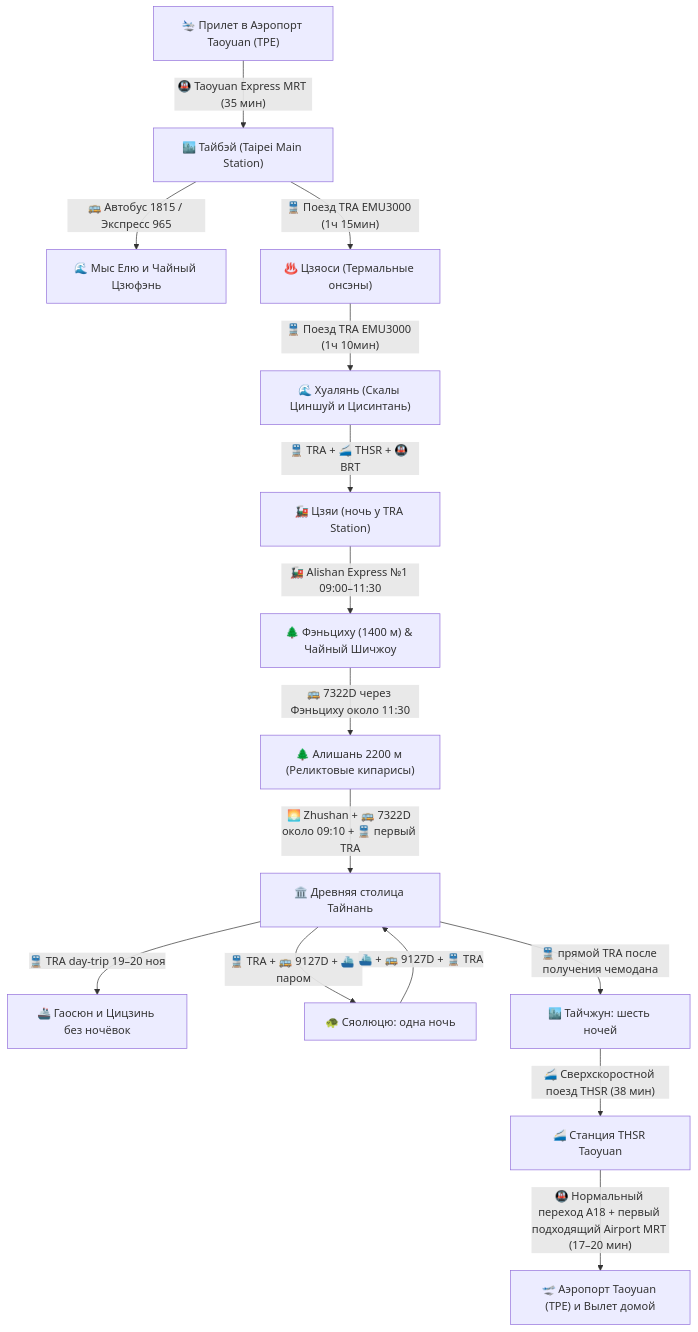
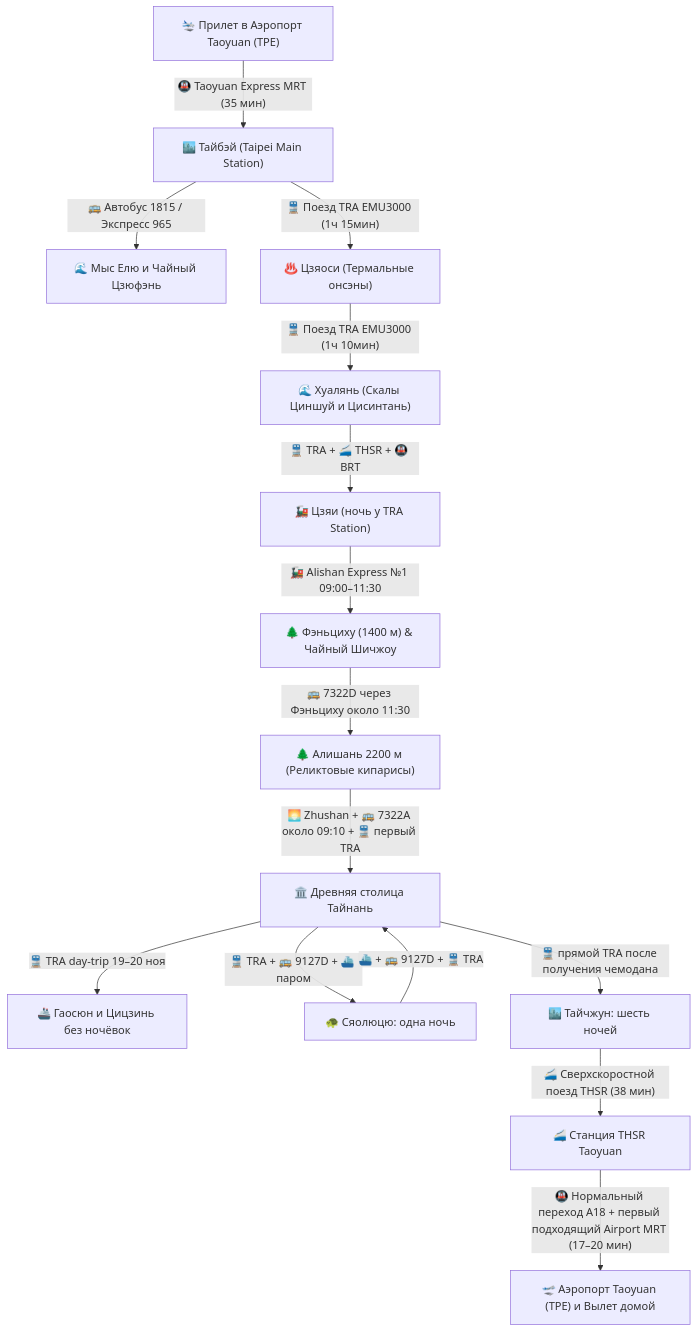
Before and after one commit to injurka/obsidian-mark: the diagram in Personal Note/Travel/-- Taiwan/03 - Бронирования/Транспорт.md, drawn with Mermaid. The commit also changed other lines of this file and 15 other files, not shown here.

````diff
--- a/Personal Note/Travel/-- Taiwan/03 - Бронирования/Транспорт.md
+++ b/Personal Note/Travel/-- Taiwan/03 - Бронирования/Транспорт.md
@@ -9,17 +9,17 @@
 ```mermaid
 flowchart TD
     A["🛬 Прилет в Аэропорт Taoyuan (TPE)"] -->|"🚇 Taoyuan Express MRT (35 мин)"| B["🏙️ Тайбэй (Taipei Main Station)"]
     B -->|"🚌 Автобус 1815 / Экспресс 965"| C["🌊 Мыс Елю и Чайный Цзюфэнь"]
     B -->|"🚆 Поезд TRA EMU3000 (1ч 15мин)"| D["♨️ Цзяоси (Термальные онсэны)"]
     D -->|"🚆 Поезд TRA EMU3000 (1ч 10мин)"| E["🌊 Хуалянь (Скалы Циншуй и Цисинтань)"]
     E -->|"🚆 TRA + 🚄 THSR + 🚇 BRT"| F0["🚂 Цзяи (ночь у TRA Station)"]
     F0 -->|"🚂 Alishan Express №1 09:00–11:30"| F1["🌲 Фэньциху (1400 м) & Чайный Шичжоу"]
     F1 -->|"🚌 7322D через Фэньциху около 11:30"| G["🌲 Алишань 2200 м (Реликтовые кипарисы)"]
-    G -->|"🌅 Zhushan + 🚌 7322D около 09:10 + 🚆 первый TRA"| H["🏛️ Древняя столица Тайнань"]
+    G -->|"🌅 Zhushan + 🚌 7322A около 09:10 + 🚆 первый TRA"| H["🏛️ Древняя столица Тайнань"]
     H -->|"🚆 TRA day-trip 19–20 ноя"| I["🚢 Гаосюн и Цицзинь без ночёвок"]
     H -->|"🚆 TRA + 🚌 9127D + ⛴️ паром"| J["🐢 Сяолюцю: одна ночь"]
     J -->|"⛴️ + 🚌 9127D + 🚆 TRA"| H
     H -->|"🚆 прямой TRA после получения чемодана"| K["🏙️ Тайчжун: шесть ночей"]
     K -->|"🚄 Сверхскоростной поезд THSR (38 мин)"| L["🚄 Станция THSR Taoyuan"]
     L -->|"🚇 Нормальный переход A18 + первый подходящий Airport MRT (17–20 мин)"| M["🛫 Аэропорт Taoyuan (TPE) и Вылет домой"]
 ```
````
